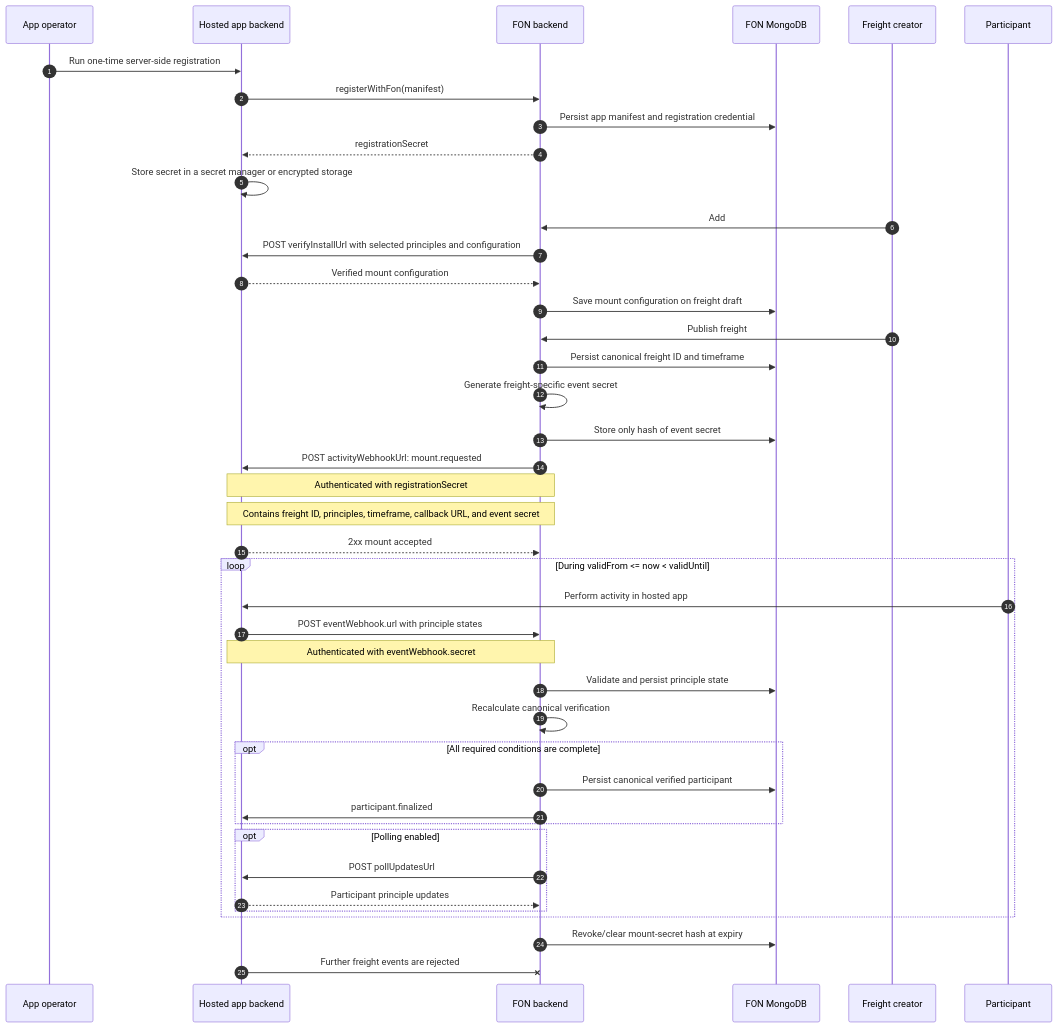
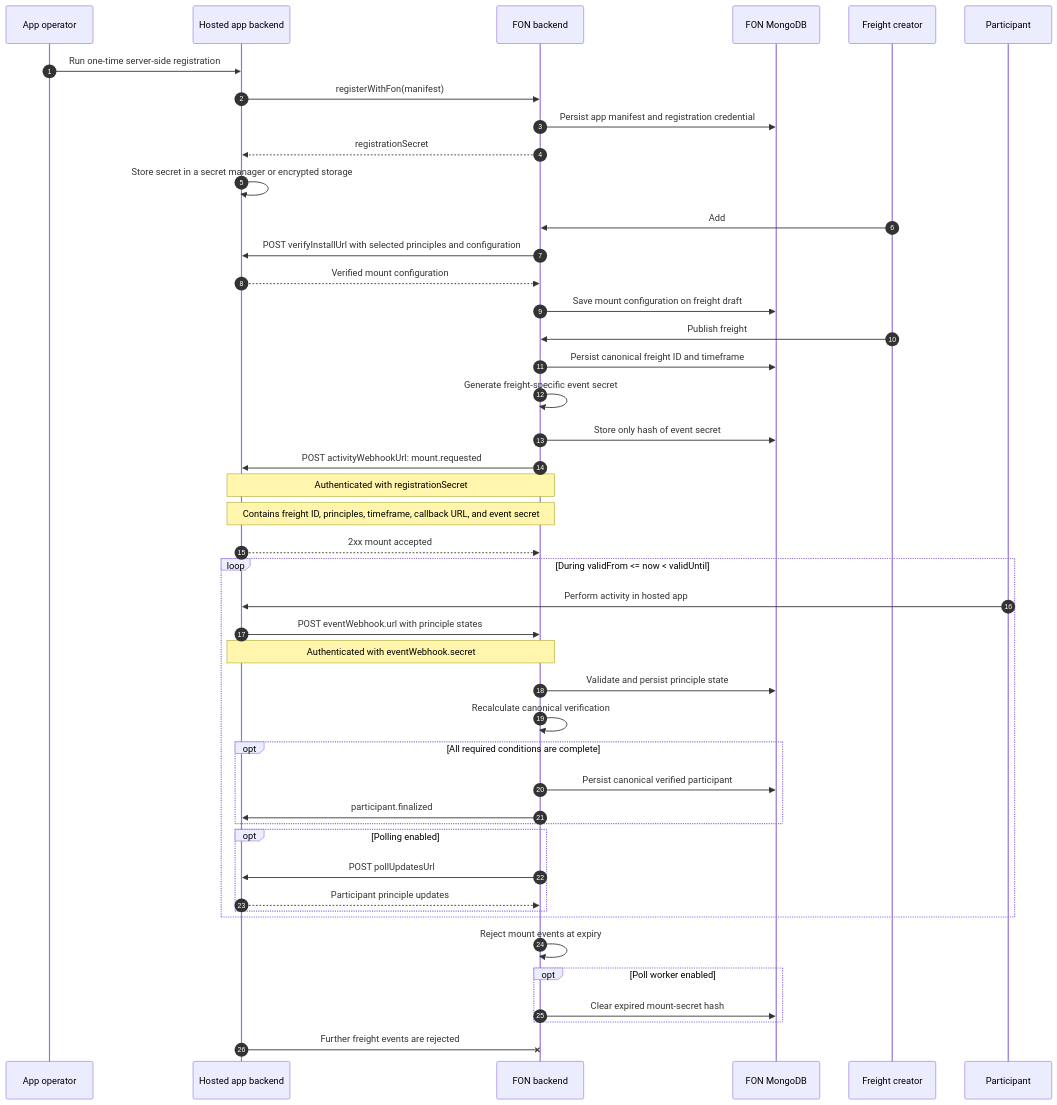
Before and after one commit to Birdmannn/fon: the second of 2 diagrams in MOUNT_FLOW.md, drawn with Mermaid. The commit also changed other lines of this file and 12 other files, not shown here.

````diff
--- a/MOUNT_FLOW.md
+++ b/MOUNT_FLOW.md
@@ -61,49 +61,52 @@
 ```mermaid
 sequenceDiagram
     autonumber
     participant O as App operator
     participant A as Hosted app backend
     participant F as FON backend
     participant D as FON MongoDB
     participant C as Freight creator
     participant P as Participant
 
     O->>A: Run one-time server-side registration
     A->>F: registerWithFon(manifest)
     F->>D: Persist app manifest and registration credential
     F-->>A: registrationSecret
     A->>A: Store secret in a secret manager or encrypted storage
 
     C->>F: Add #mounted and select app principles
     F->>A: POST verifyInstallUrl with selected principles and configuration
     A-->>F: Verified mount configuration
     F->>D: Save mount configuration on freight draft
 
     C->>F: Publish freight
     F->>D: Persist canonical freight ID and timeframe
     F->>F: Generate freight-specific event secret
     F->>D: Store only hash of event secret
     F->>A: POST activityWebhookUrl: mount.requested
     Note over F,A: Authenticated with registrationSecret
     Note over F,A: Contains freight ID, principles, timeframe, callback URL, and event secret
     A-->>F: 2xx mount accepted
 
     loop During validFrom <= now < validUntil
         P->>A: Perform activity in hosted app
         A->>F: POST eventWebhook.url with principle states
         Note over A,F: Authenticated with eventWebhook.secret
         F->>D: Validate and persist principle state
         F->>F: Recalculate canonical verification
         opt All required conditions are complete
             F->>D: Persist canonical verified participant
             F->>A: participant.finalized
         end
         opt Polling enabled
             F->>A: POST pollUpdatesUrl
             A-->>F: Participant principle updates
         end
     end
 
-    F->>D: Revoke/clear mount-secret hash at expiry
+    F->>F: Reject mount events at expiry
+    opt Poll worker enabled
+        F->>D: Clear expired mount-secret hash
+    end
     A-xF: Further freight events are rejected
 ```
````
